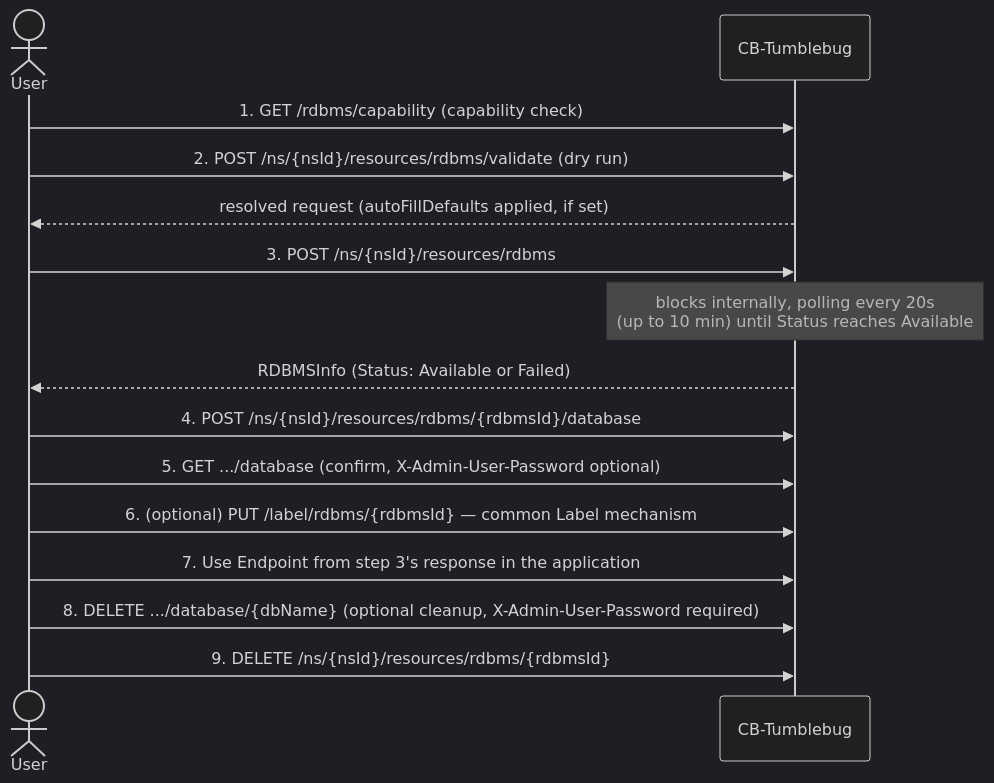
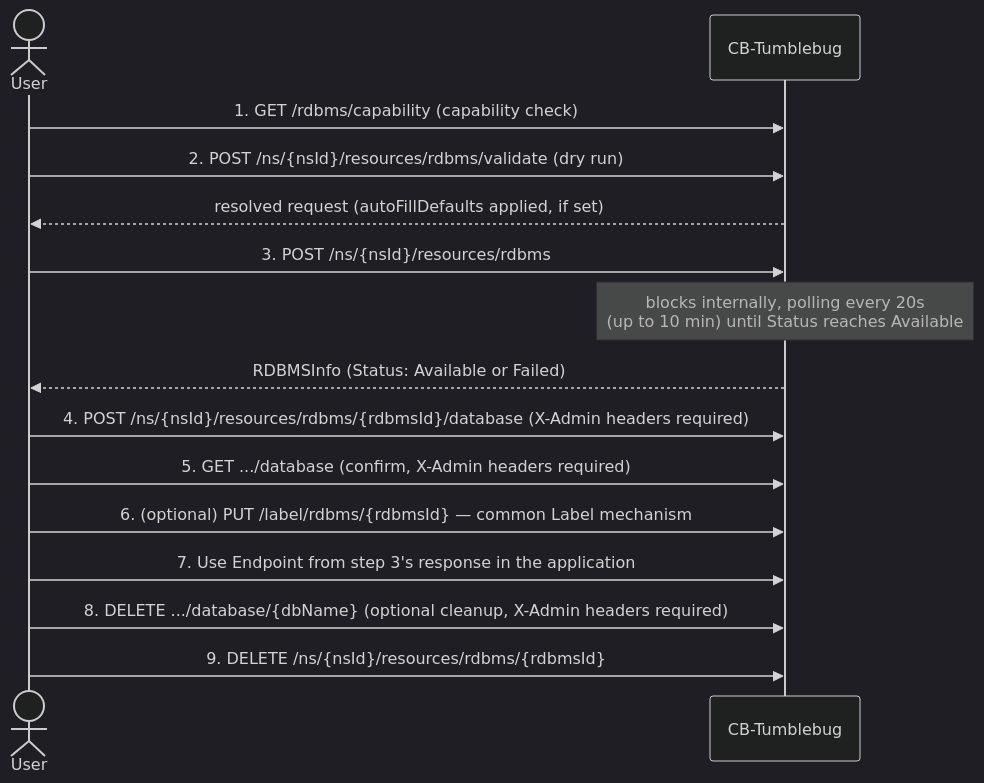
The first of 3 diagrams in docs/feature_guide/rdbms-management.md (cloud-barista/cb-tumblebug), drawn with Mermaid (dark theme) before and after one commit. The commit also changed other lines of this file and 8 other files, not shown here.

````diff
--- a/docs/feature_guide/rdbms-management.md
+++ b/docs/feature_guide/rdbms-management.md
@@ -74,17 +79,17 @@
 ```mermaid
 sequenceDiagram
     actor User
     participant TB as CB-Tumblebug
     User->>TB: 1. GET /rdbms/capability (capability check)
     User->>TB: 2. POST /ns/{nsId}/resources/rdbms/validate (dry run)
     TB-->>User: resolved request (autoFillDefaults applied, if set)
     User->>TB: 3. POST /ns/{nsId}/resources/rdbms
     Note over TB: blocks internally, polling every 20s<br/>(up to 10 min) until Status reaches Available
     TB-->>User: RDBMSInfo (Status: Available or Failed)
-    User->>TB: 4. POST /ns/{nsId}/resources/rdbms/{rdbmsId}/database
-    User->>TB: 5. GET .../database (confirm, X-Admin-User-Password optional)
+    User->>TB: 4. POST /ns/{nsId}/resources/rdbms/{rdbmsId}/database (X-Admin headers required)
+    User->>TB: 5. GET .../database (confirm, X-Admin headers required)
     User->>TB: 6. (optional) PUT /label/rdbms/{rdbmsId} — common Label mechanism
     User->>TB: 7. Use Endpoint from step 3's response in the application
-    User->>TB: 8. DELETE .../database/{dbName} (optional cleanup, X-Admin-User-Password required)
+    User->>TB: 8. DELETE .../database/{dbName} (optional cleanup, X-Admin headers required)
     User->>TB: 9. DELETE /ns/{nsId}/resources/rdbms/{rdbmsId}
 ```
````
